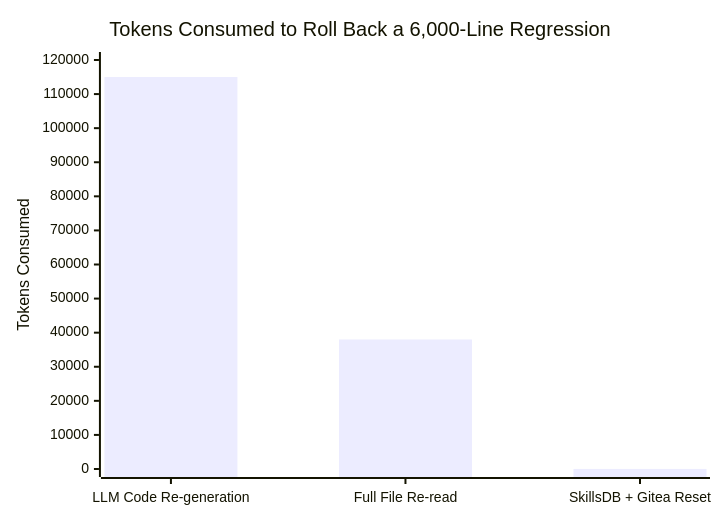
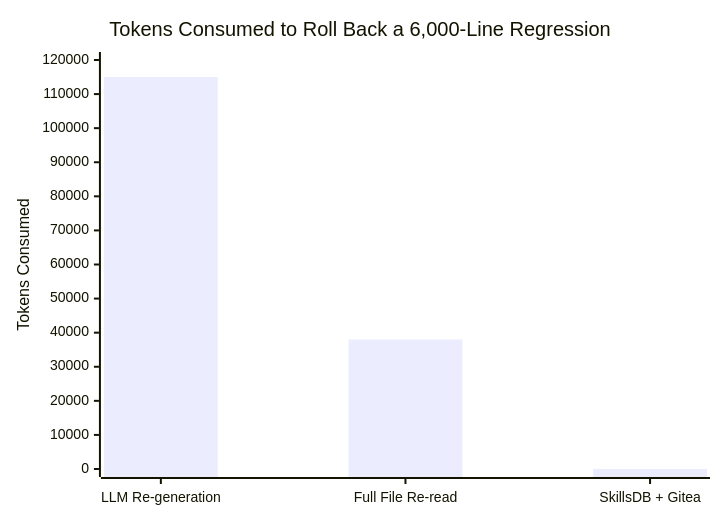
Before and after one commit to scorpion421/skillsdb: the third of 4 diagrams in README.md, drawn with Mermaid. The commit also changed other lines of this file, not shown here.

````diff
--- a/README.md
+++ b/README.md
@@ -62,7 +62,7 @@
 ```mermaid
 xychart-beta
     title "Tokens Consumed to Roll Back a 6,000-Line Regression"
-    x-axis ["LLM Code Re-generation", "Full File Re-read", "SkillsDB + Gitea Reset"]
+    x-axis ["LLM Re-generation", "Full File Re-read", "SkillsDB + Gitea"]
     y-axis "Tokens Consumed" 0 --> 120000
     bar [115000, 38000, 20]
 ```
````
